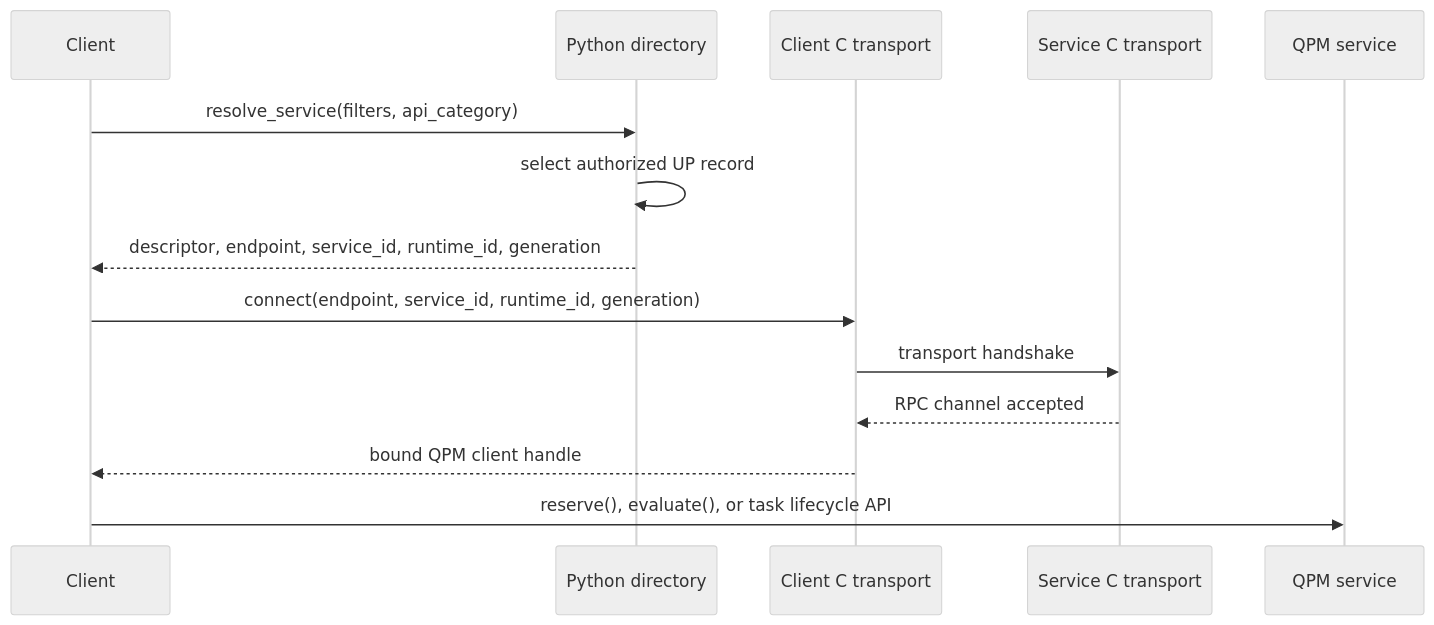
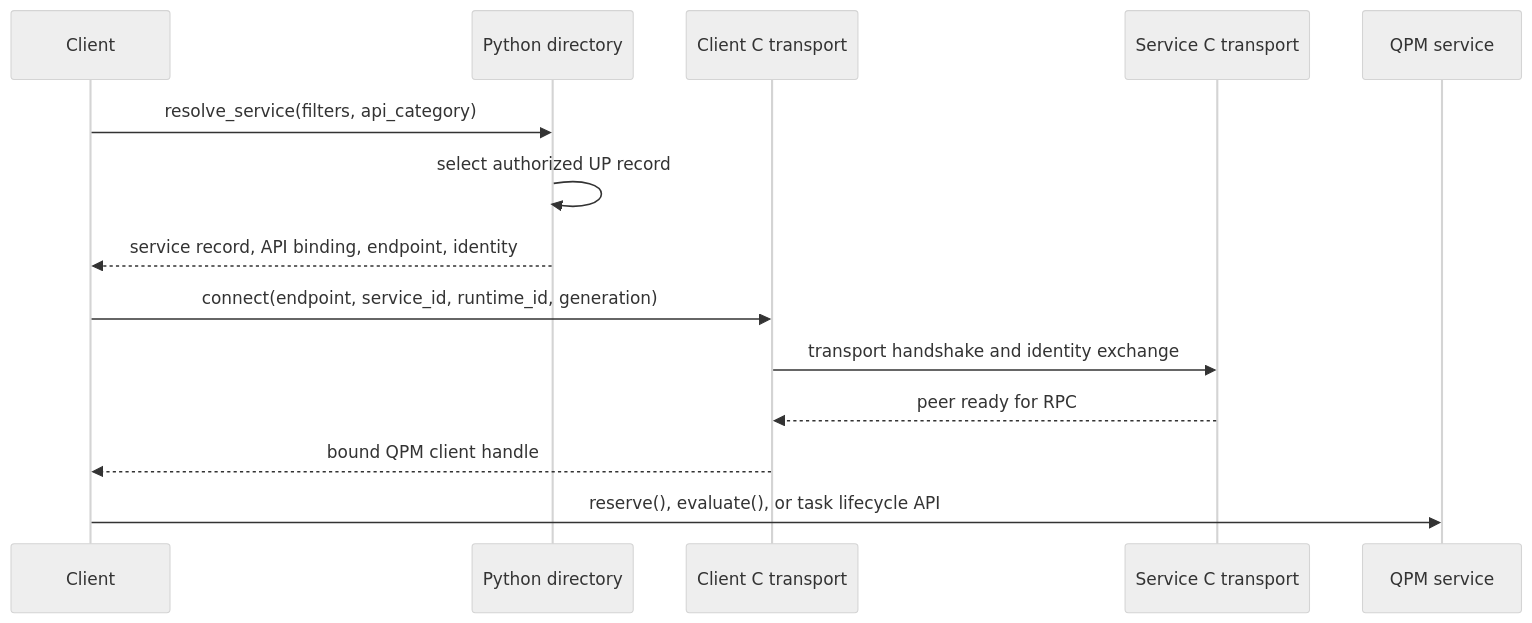
The fifth of 8 diagrams in docs/detailed-design.md (openQSE/QFw), drawn with Mermaid (neutral theme) before and after one commit. The commit also changed other lines of this file, not shown here.

````diff
--- a/docs/detailed-design.md
+++ b/docs/detailed-design.md
@@ -606,17 +727,17 @@
 ```mermaid
 sequenceDiagram
     participant Client
     participant Dir as Python directory
     participant CT as Client C transport
     participant ST as Service C transport
     participant QPM as QPM service
 
     Client->>Dir: resolve_service(filters, api_category)
     Dir->>Dir: select authorized UP record
-    Dir-->>Client: descriptor, endpoint, service_id, runtime_id, generation
+    Dir-->>Client: service record, API binding, endpoint, identity
     Client->>CT: connect(endpoint, service_id, runtime_id, generation)
-    CT->>ST: transport handshake
-    ST-->>CT: RPC channel accepted
+    CT->>ST: transport handshake and identity exchange
+    ST-->>CT: peer ready for RPC
     CT-->>Client: bound QPM client handle
     Client->>QPM: reserve(), evaluate(), or task lifecycle API
 ```
````
